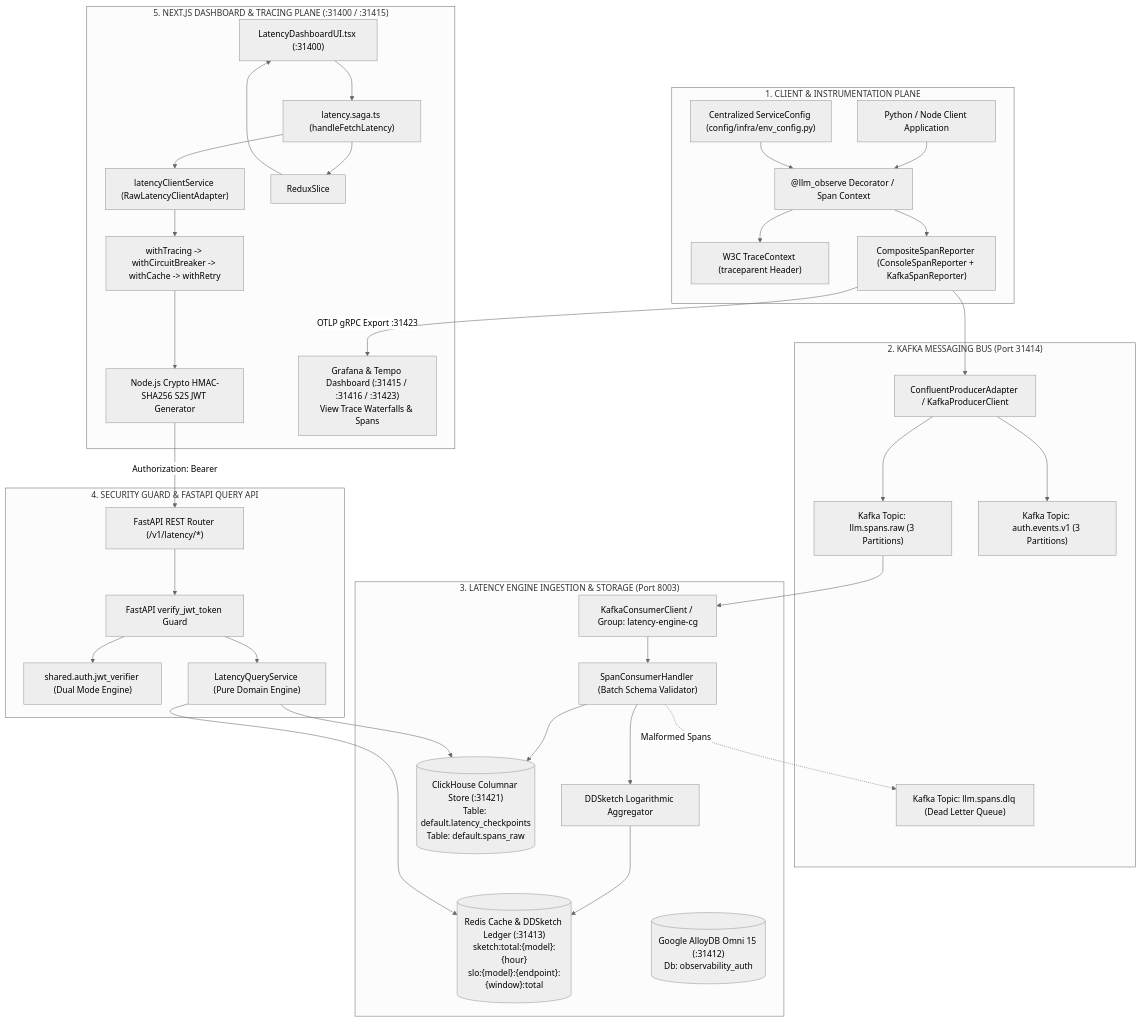
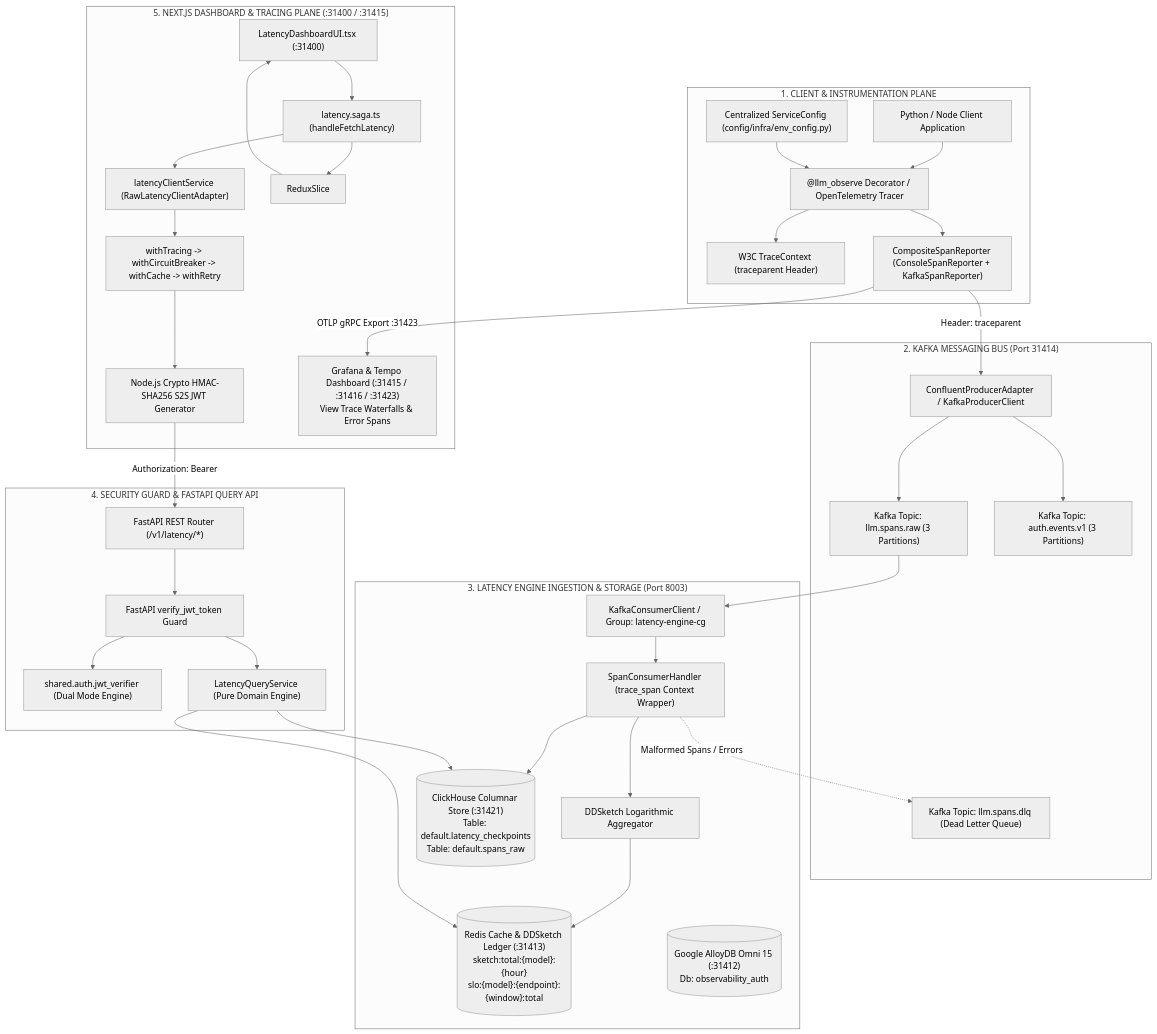
One commit to Chief-Strategist-J/llm-observability-platform changed the first of 5 diagrams in packages/node/web-app/adr/0007-latency-engine-end-to-end-integration-and-security.md. Above: the diagram before and after it, drawn with Mermaid (neutral theme). The commit also changed other lines of this file and 4 other files, not shown here.

Commit message:
feat(tracing): implement end-to-end W3C OpenTelemetry trace context propagation across producer, Kafka message headers, consumer handler, and error reporting with ADR-0007 update

````diff
--- a/packages/node/web-app/adr/0007-latency-engine-end-to-end-integration-and-security.md
+++ b/packages/node/web-app/adr/0007-latency-engine-end-to-end-integration-and-security.md
@@ -27,73 +27,73 @@
 ```mermaid
 flowchart TD
     subgraph ClientAppPlane["1. CLIENT & INSTRUMENTATION PLANE"]
         UserApp["Python / Node Client Application"]
-        SDKDecorator["@llm_observe Decorator / Span Context"]
+        SDKDecorator["@llm_observe Decorator / OpenTelemetry Tracer"]
         TracingContext["W3C TraceContext (traceparent Header)"]
         CompositeReporter["CompositeSpanReporter (ConsoleSpanReporter + KafkaSpanReporter)"]
         ConfigRegistry["Centralized ServiceConfig (config/infra/env_config.py)"]
 
         UserApp --> SDKDecorator
         ConfigRegistry --> SDKDecorator
         SDKDecorator --> TracingContext
         SDKDecorator --> CompositeReporter
     end
 
     subgraph KafkaPlane["2. KAFKA MESSAGING BUS (Port 31414)"]
         KafkaProducer["ConfluentProducerAdapter / KafkaProducerClient"]
         TopicRaw["Kafka Topic: llm.spans.raw (3 Partitions)"]
         TopicAuth["Kafka Topic: auth.events.v1 (3 Partitions)"]
         TopicDLQ["Kafka Topic: llm.spans.dlq (Dead Letter Queue)"]
 
-        CompositeReporter --> KafkaProducer
+        CompositeReporter -->|Header: traceparent| KafkaProducer
         KafkaProducer --> TopicRaw
         KafkaProducer --> TopicAuth
     end
 
     subgraph IngestionEnginePlane["3. LATENCY ENGINE INGESTION & STORAGE (Port 8003)"]
         KafkaConsumer["KafkaConsumerClient / Group: latency-engine-cg"]
-        SpanHandler["SpanConsumerHandler (Batch Schema Validator)"]
+        SpanHandler["SpanConsumerHandler (trace_span Context Wrapper)"]
         DDSketchEngine["DDSketch Logarithmic Aggregator"]
         RedisStore[("Redis Cache & DDSketch Ledger (:31413)\nsketch:total:{model}:{hour}\nslo:{model}:{endpoint}:{window}:total")]
         ClickHouseDB[("ClickHouse Columnar Store (:31421)\nTable: default.latency_checkpoints\nTable: default.spans_raw")]
         AlloyDB[("Google AlloyDB Omni 15 (:31412)\nDb: observability_auth")]
 
         TopicRaw --> KafkaConsumer
         KafkaConsumer --> SpanHandler
         SpanHandler --> DDSketchEngine
         DDSketchEngine --> RedisStore
         SpanHandler --> ClickHouseDB
-        SpanHandler -.->|Malformed Spans| TopicDLQ
+        SpanHandler -.->|Malformed Spans / Errors| TopicDLQ
     end
 
     subgraph SecurityAPIPlane["4. SECURITY GUARD & FASTAPI QUERY API"]
         FastAPI["FastAPI REST Router (/v1/latency/*)"]
         JWTGuard["FastAPI verify_jwt_token Guard"]
         JWTVerifier["shared.auth.jwt_verifier (Dual Mode Engine)"]
         QueryService["LatencyQueryService (Pure Domain Engine)"]
 
         FastAPI --> JWTGuard
         JWTGuard --> JWTVerifier
         JWTGuard --> QueryService
         QueryService --> RedisStore
         QueryService --> ClickHouseDB
     end
 
     subgraph WebAppPlane["5. NEXT.JS DASHBOARD & TRACING PLANE (:31400 / :31415)"]
         ReactUI["LatencyDashboardUI.tsx (:31400)"]
         ReduxSaga["latency.saga.ts (handleFetchLatency)"]
         ClientAdapter["latencyClientService (RawLatencyClientAdapter)"]
         ResilienceChain["withTracing -> withCircuitBreaker -> withCache -> withRetry"]
         S2SSigner["Node.js Crypto HMAC-SHA256 S2S JWT Generator"]
-        GrafanaTempo["Grafana & Tempo Dashboard (:31415 / :31416 / :31423)\nView Trace Waterfalls & Spans"]
+        GrafanaTempo["Grafana & Tempo Dashboard (:31415 / :31416 / :31423)\nView Trace Waterfalls & Error Spans"]
 
         ReactUI --> ReduxSaga
         ReduxSaga --> ClientAdapter
         ClientAdapter --> ResilienceChain
         ResilienceChain --> S2SSigner
         S2SSigner -->|Authorization: Bearer <S2S_JWT>| FastAPI
         CompositeReporter -->|OTLP gRPC Export :31423| GrafanaTempo
         ReduxSaga --> ReduxSlice
         ReduxSlice --> ReactUI
     end
 ```
````
